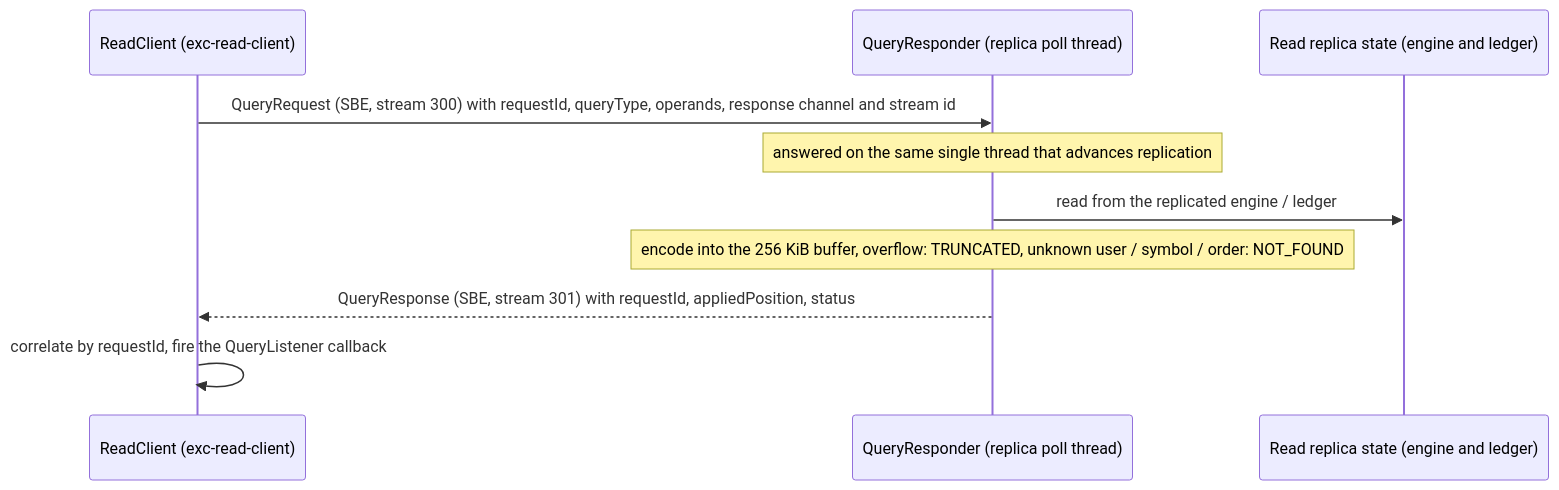
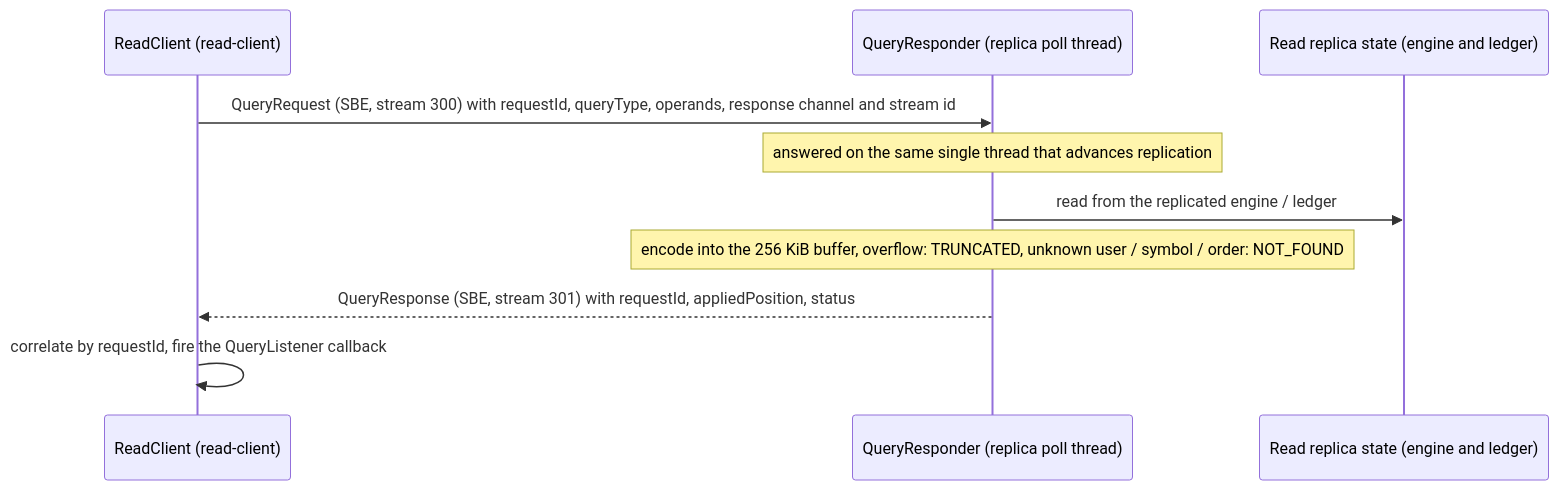
The seventh of 10 diagrams in docs/ARCHITECTURE.md (brianpht/excoredum), drawn with Mermaid before and after one commit. The commit also changed other lines of this file and 490 other files, not shown here.

````diff
--- a/docs/ARCHITECTURE.md
+++ b/docs/ARCHITECTURE.md
@@ -953,13 +953,13 @@
 ```mermaid
 sequenceDiagram
-    participant RC as ReadClient (exc-read-client)
+    participant RC as ReadClient (read-client)
     participant QR as QueryResponder (replica poll thread)
     participant R as Read replica state (engine and ledger)
 
     RC ->> QR: QueryRequest (SBE, stream 300) with requestId, queryType, operands, response channel and stream id
     Note over QR: answered on the same single thread that advances replication
     QR ->> R: read from the replicated engine / ledger
     Note over QR: encode into the 256 KiB buffer, overflow: TRUNCATED, unknown user / symbol / order: NOT_FOUND
     QR -->> RC: QueryResponse (SBE, stream 301) with requestId, appliedPosition, status
     RC ->> RC: correlate by requestId, fire the QueryListener callback
 ```
````
